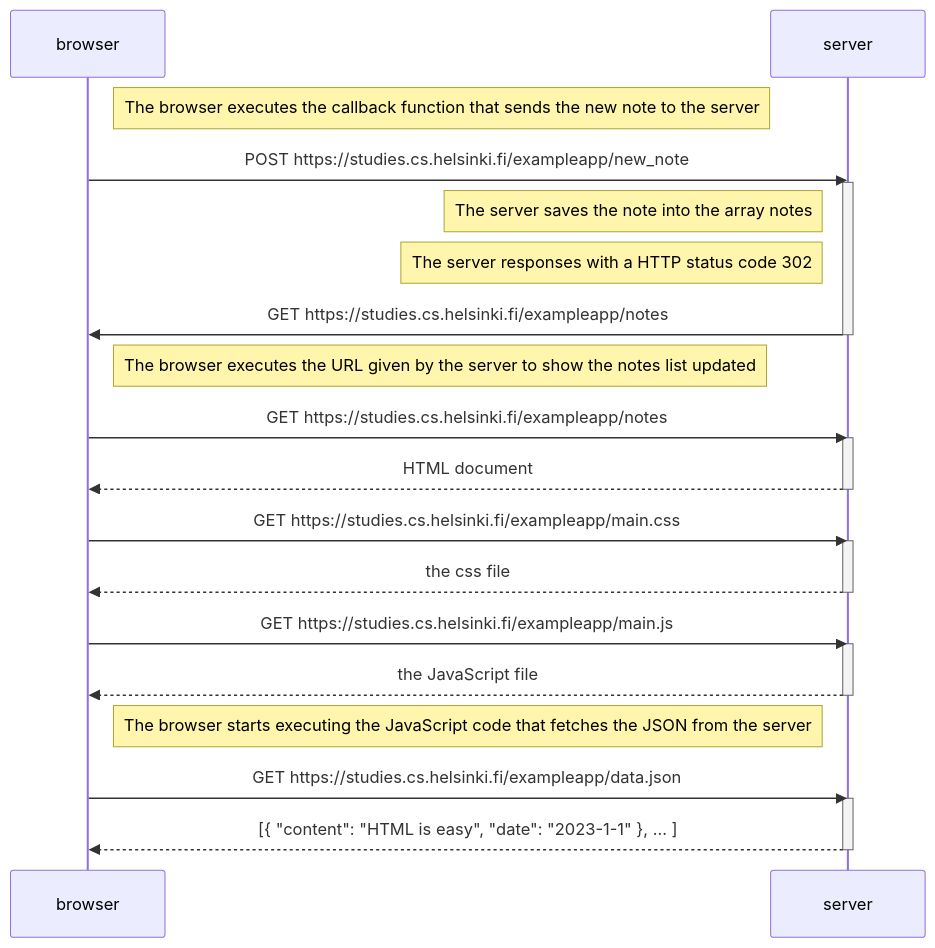
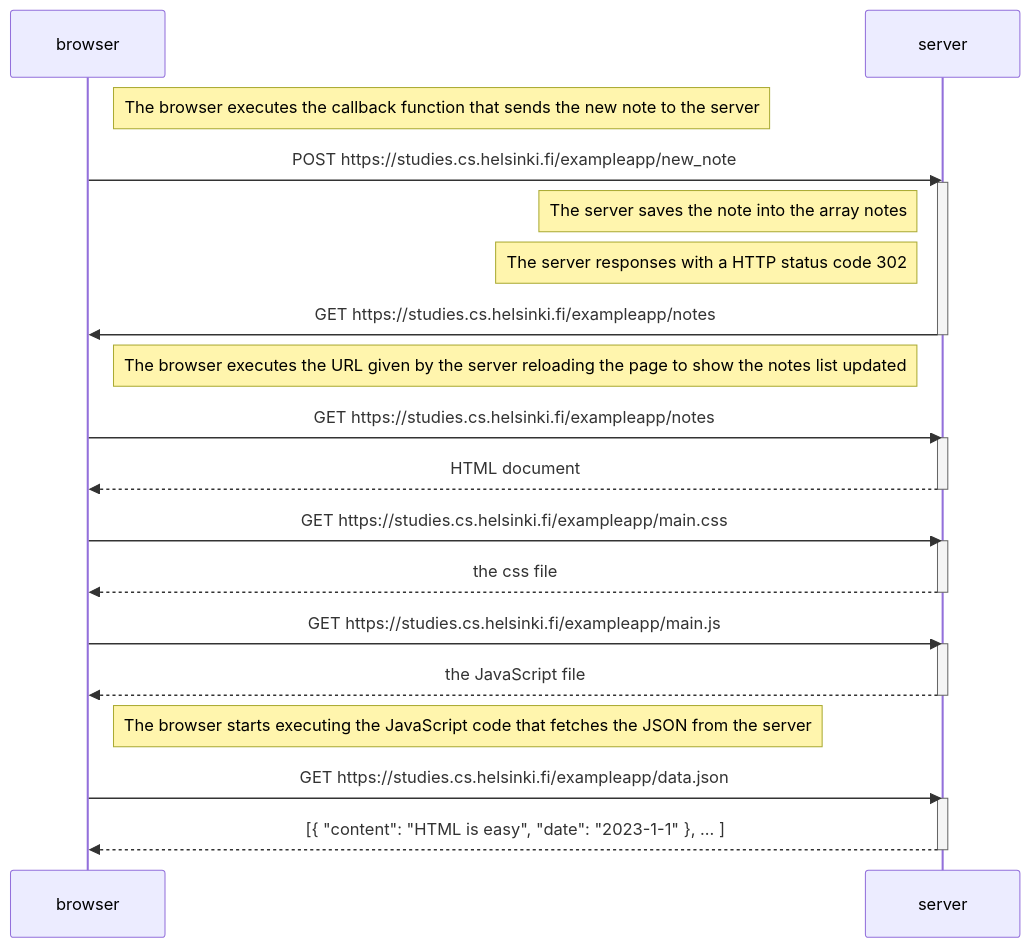
The diagram in part0/04.md (claudiainbytes/fullstackopen), drawn with Mermaid before and after one commit.

````diff
--- a/part0/04.md
+++ b/part0/04.md
@@ -1,41 +1,41 @@
 ```mermaid
 sequenceDiagram
     participant browser
     participant server
 
     Note right of browser: The browser executes the callback function that sends the new note to the server
 
     browser->>server: POST https://studies.cs.helsinki.fi/exampleapp/new_note
     activate server
 
     Note left of server: The server saves the note into the array notes
 
     Note left of server:  The server responses with a HTTP status code 302
 
     server->>browser: GET https://studies.cs.helsinki.fi/exampleapp/notes
     deactivate server
 
-    Note right of browser: The browser executes the URL given by the server to show the notes list updated
+    Note right of browser: The browser executes the URL given by the server reloading the page to show the notes list updated
 
     browser->>server: GET https://studies.cs.helsinki.fi/exampleapp/notes
     activate server
     server-->>browser: HTML document
     deactivate server
 
     browser->>server: GET https://studies.cs.helsinki.fi/exampleapp/main.css
     activate server
     server-->>browser: the css file
     deactivate server
 
     browser->>server: GET https://studies.cs.helsinki.fi/exampleapp/main.js
     activate server
     server-->>browser: the JavaScript file
     deactivate server
 
     Note right of browser: The browser starts executing the JavaScript code that fetches the JSON from the server
 
     browser->>server: GET https://studies.cs.helsinki.fi/exampleapp/data.json
     activate server
     server-->>browser: [{ "content": "HTML is easy", "date": "2023-1-1" }, ... ]
     deactivate server
 ```
````
